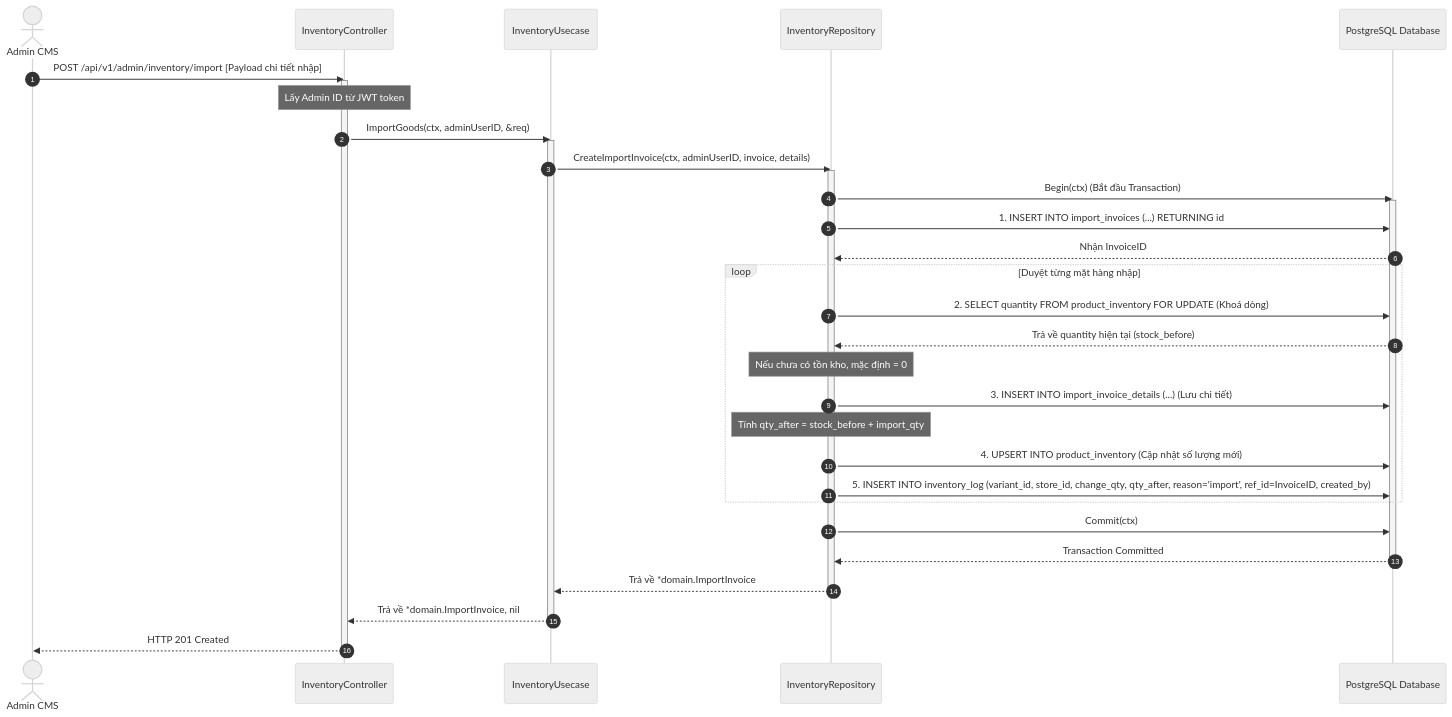
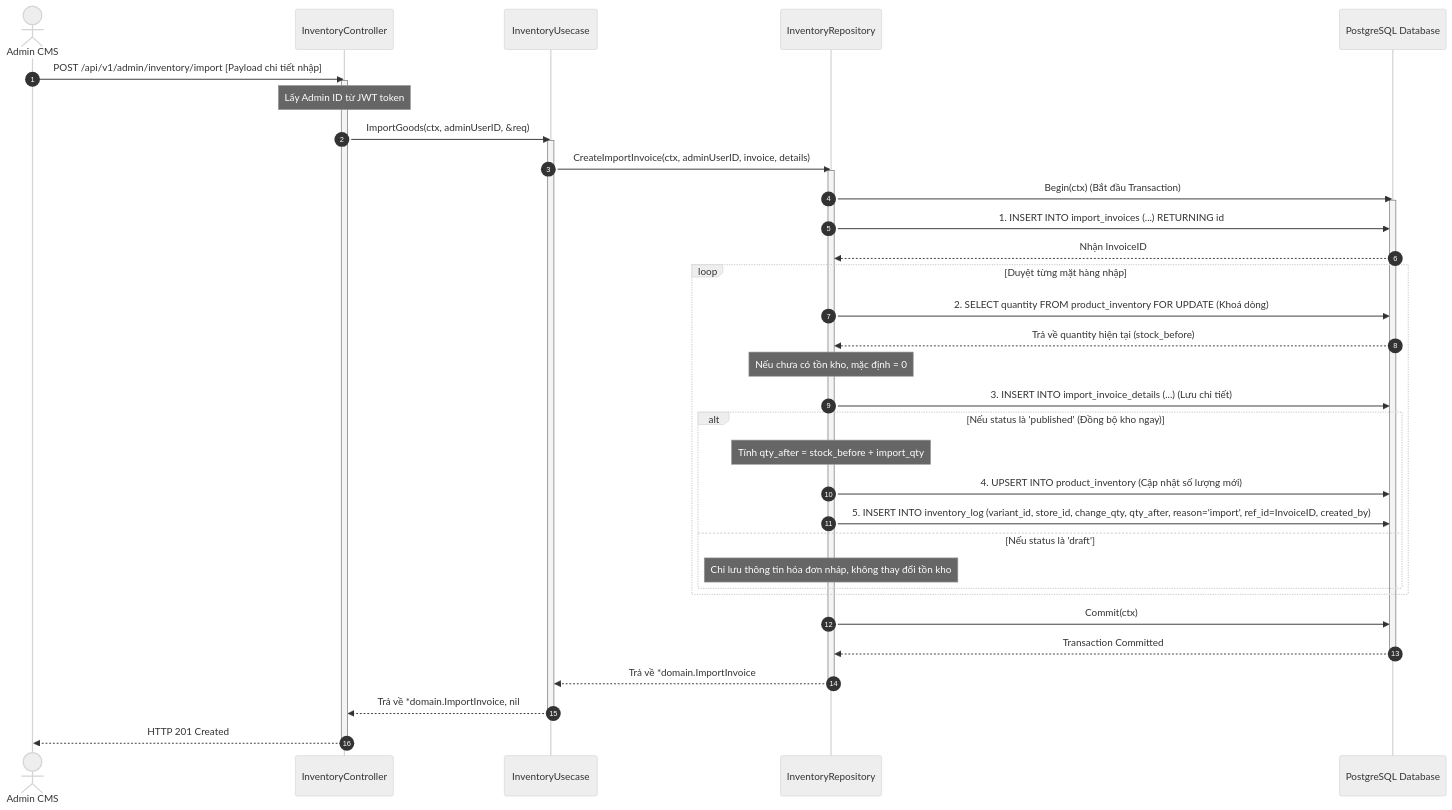
One commit to PhamTrinhDuc/Microservices-Golang changed the second of 6 diagrams in backend/design/store_inventory_design.md. Above: the diagram before and after it, drawn with Mermaid (neutral theme). The commit also changed other lines of this file and 25 other files, not shown here.

First line of the commit message:
feat: refactor product pricing schema and upgrade goods import module

````diff
--- a/backend/design/store_inventory_design.md
+++ b/backend/design/store_inventory_design.md
@@ -79,49 +84,51 @@
 ```mermaid
 sequenceDiagram
     autonumber
     actor Admin as Admin CMS
     participant C as InventoryController
     participant U as InventoryUsecase
     participant R as InventoryRepository
     participant DB as PostgreSQL Database
 
     Admin->>C: POST /api/v1/admin/inventory/import [Payload chi tiết nhập]
     activate C
     Note over C: Lấy Admin ID từ JWT token
 
     C->>U: ImportGoods(ctx, adminUserID, &req)
     activate U
     U->>R: CreateImportInvoice(ctx, adminUserID, invoice, details)
     activate R
     
     R->>DB: Begin(ctx) (Bắt đầu Transaction)
     activate DB
     
     R->>DB: 1. INSERT INTO import_invoices (...) RETURNING id
     DB-->>R: Nhận InvoiceID
     
     loop Duyệt từng mặt hàng nhập
         R->>DB: 2. SELECT quantity FROM product_inventory FOR UPDATE (Khoá dòng)
         DB-->>R: Trả về quantity hiện tại (stock_before)
         Note over R: Nếu chưa có tồn kho, mặc định = 0
         
         R->>DB: 3. INSERT INTO import_invoice_details (...) (Lưu chi tiết)
         
-        Note over R: Tính qty_after = stock_before + import_qty
-        
-        R->>DB: 4. UPSERT INTO product_inventory (Cập nhật số lượng mới)
-        
-        R->>DB: 5. INSERT INTO inventory_log (variant_id, store_id, change_qty, qty_after, reason='import', ref_id=InvoiceID, created_by)
+        alt Nếu status là 'published' (Đồng bộ kho ngay)
+            Note over R: Tính qty_after = stock_before + import_qty
+            R->>DB: 4. UPSERT INTO product_inventory (Cập nhật số lượng mới)
+            R->>DB: 5. INSERT INTO inventory_log (variant_id, store_id, change_qty, qty_after, reason='import', ref_id=InvoiceID, created_by)
+        else Nếu status là 'draft'
+            Note over R: Chỉ lưu thông tin hóa đơn nháp, không thay đổi tồn kho
+        end
     end
     
     R->>DB: Commit(ctx)
     DB-->>R: Transaction Committed
     deactivate DB
     
     R-->>U: Trả về *domain.ImportInvoice
     deactivate R
     U-->>C: Trả về *domain.ImportInvoice, nil
     deactivate U
     C-->>Admin: HTTP 201 Created
     deactivate C
 ```
````
